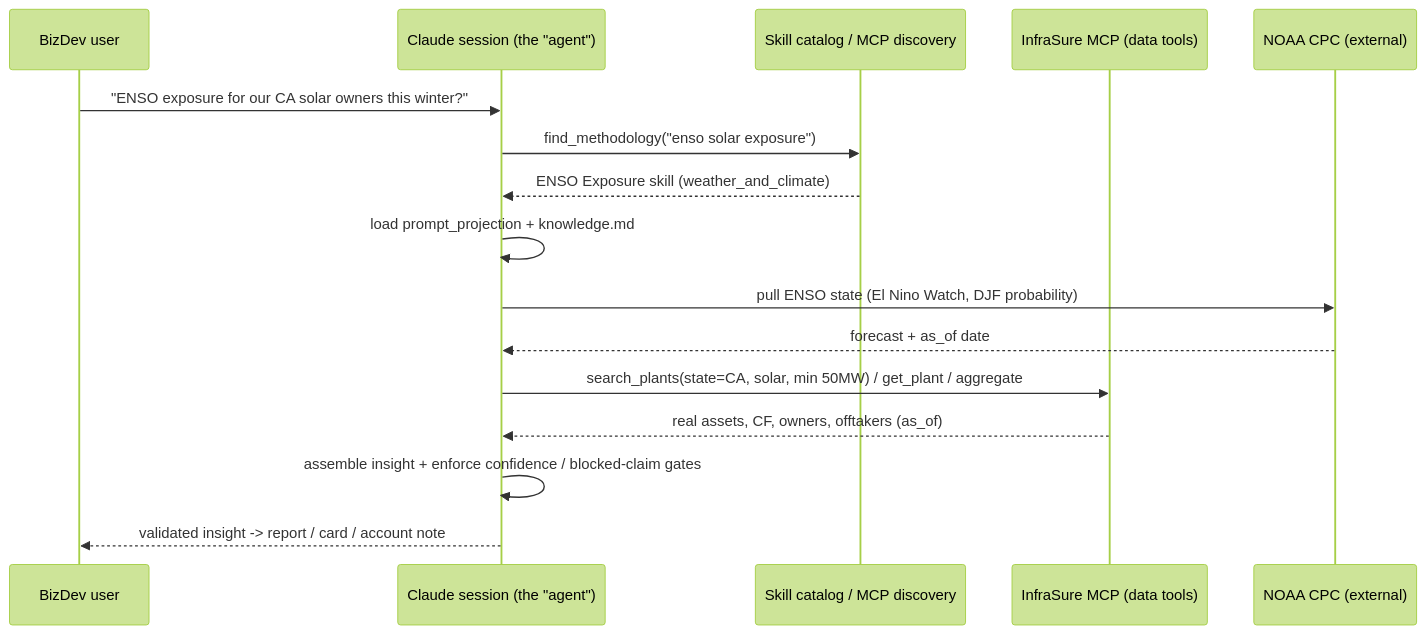
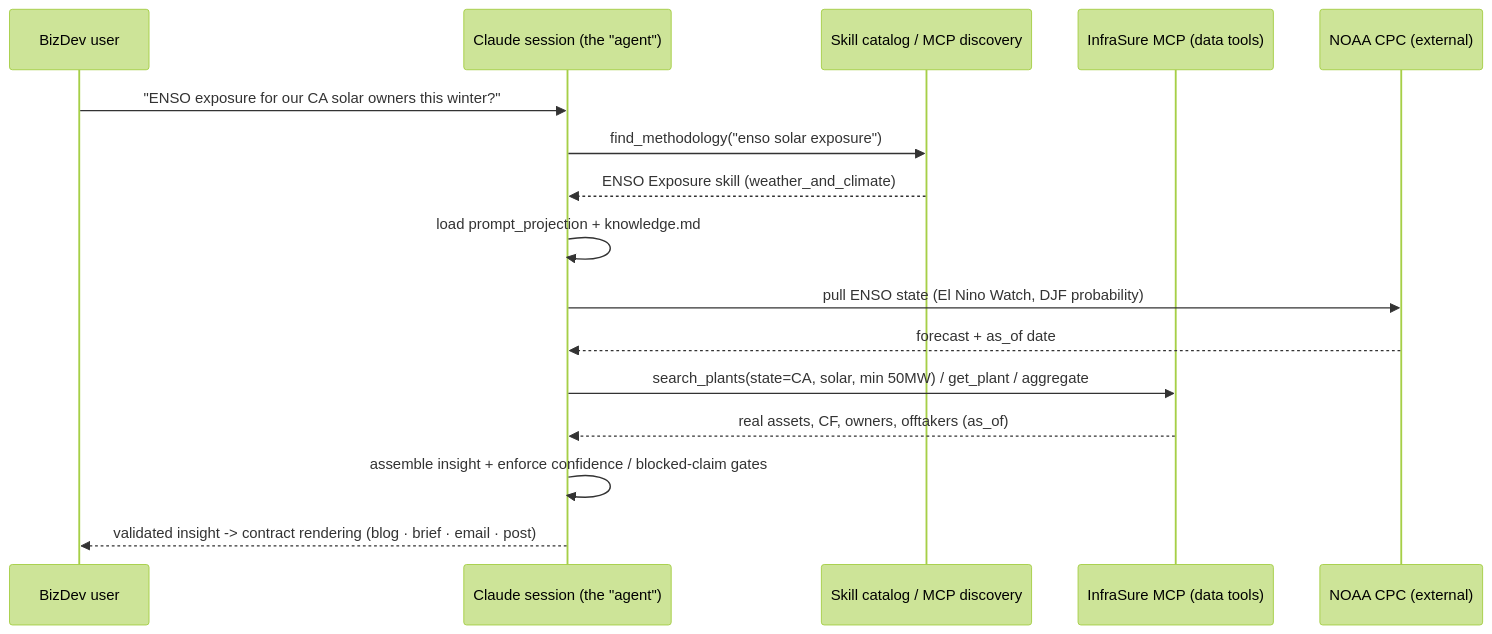
The diagram in docs/06_architecture.md (dg3-ui/insights_lab), drawn with Mermaid (forest theme) before and after one commit. The commit also changed other lines of this file and 44 other files, not shown here.

````diff
--- a/docs/06_architecture.md
+++ b/docs/06_architecture.md
@@ -97,19 +99,19 @@
 ```mermaid
 sequenceDiagram
     participant BD as BizDev user
     participant CL as Claude session (the "agent")
     participant CAT as Skill catalog / MCP discovery
     participant MCP as InfraSure MCP (data tools)
     participant EXT as NOAA CPC (external)
 
     BD->>CL: "ENSO exposure for our CA solar owners this winter?"
     CL->>CAT: find_methodology("enso solar exposure")
     CAT-->>CL: ENSO Exposure skill (weather_and_climate)
     CL->>CL: load prompt_projection + knowledge.md
     CL->>EXT: pull ENSO state (El Nino Watch, DJF probability)
     EXT-->>CL: forecast + as_of date
     CL->>MCP: search_plants(state=CA, solar, min 50MW) / get_plant / aggregate
     MCP-->>CL: real assets, CF, owners, offtakers (as_of)
     CL->>CL: assemble insight + enforce confidence / blocked-claim gates
-    CL-->>BD: validated insight -> report / card / account note
+    CL-->>BD: validated insight -> contract rendering (blog · brief · email · post)
 ```
````
